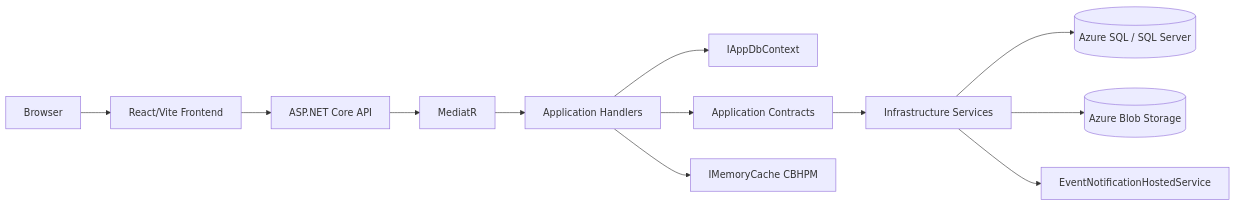
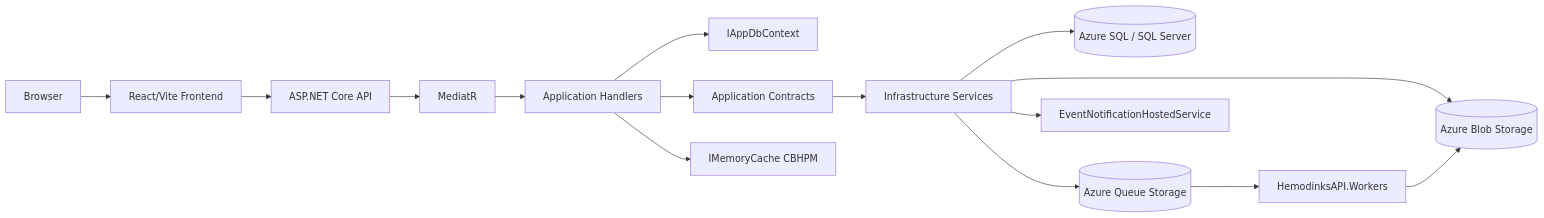
The second of 8 diagrams in docs/TECHNICAL_DOCUMENTATION.md (Hemodinks/hemodinks-api), drawn with Mermaid before and after one commit. The commit also changed other lines of this file and 34 other files, not shown here.

````diff
--- a/docs/TECHNICAL_DOCUMENTATION.md
+++ b/docs/TECHNICAL_DOCUMENTATION.md
@@ -43,14 +44,17 @@
 ```mermaid
 flowchart LR
     Browser[Browser] --> Front[React/Vite Frontend]
     Front --> API[ASP.NET Core API]
     API --> Mediator[MediatR]
     Mediator --> Handlers[Application Handlers]
     Handlers --> DbContext[IAppDbContext]
     Handlers --> Contracts[Application Contracts]
     Contracts --> Infra[Infrastructure Services]
     Infra --> Sql[(Azure SQL / SQL Server)]
     Infra --> Blob[(Azure Blob Storage)]
+    Infra --> Queue[(Azure Queue Storage)]
+    Queue --> Functions[HemodinksAPI.Workers]
+    Functions --> Blob
     Infra --> Worker[EventNotificationHostedService]
     Handlers --> Cache[IMemoryCache CBHPM]
 ```
````
